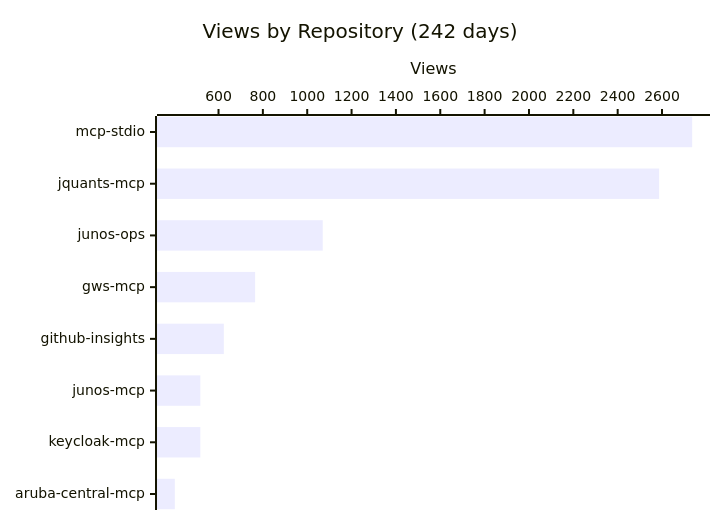
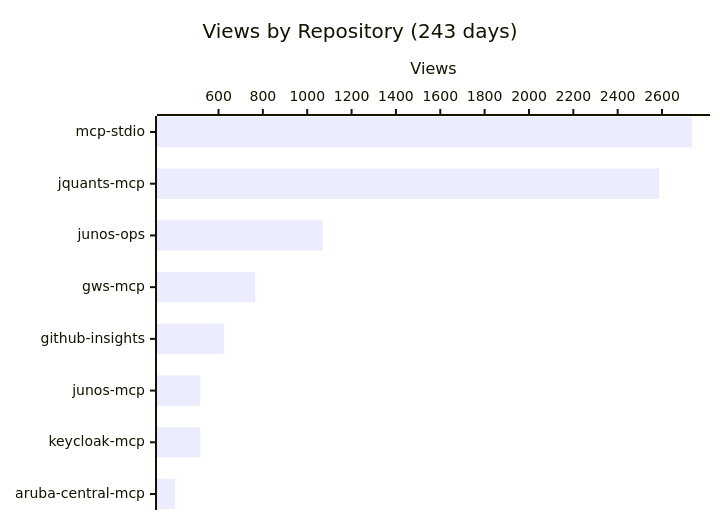
One commit to shigechika/github-insights changed the first of 4 diagrams in README.md. Above: the diagram before and after it, drawn with Mermaid. The commit also changed other lines of this file and 1 other file, not shown here.

````diff
--- a/README.md
+++ b/README.md
@@ -18,7 +18,7 @@
 ```mermaid
 xychart-beta horizontal
-    title "Views by Repository (242 days)"
+    title "Views by Repository (243 days)"
     x-axis ["mcp-stdio", "jquants-mcp", "junos-ops", "gws-mcp", "github-insights", "junos-mcp", "keycloak-mcp", "aruba-central-mcp"]
     y-axis "Views"
     bar [2736, 2587, 1070, 765, 624, 518, 518, 403]
 ```
````
